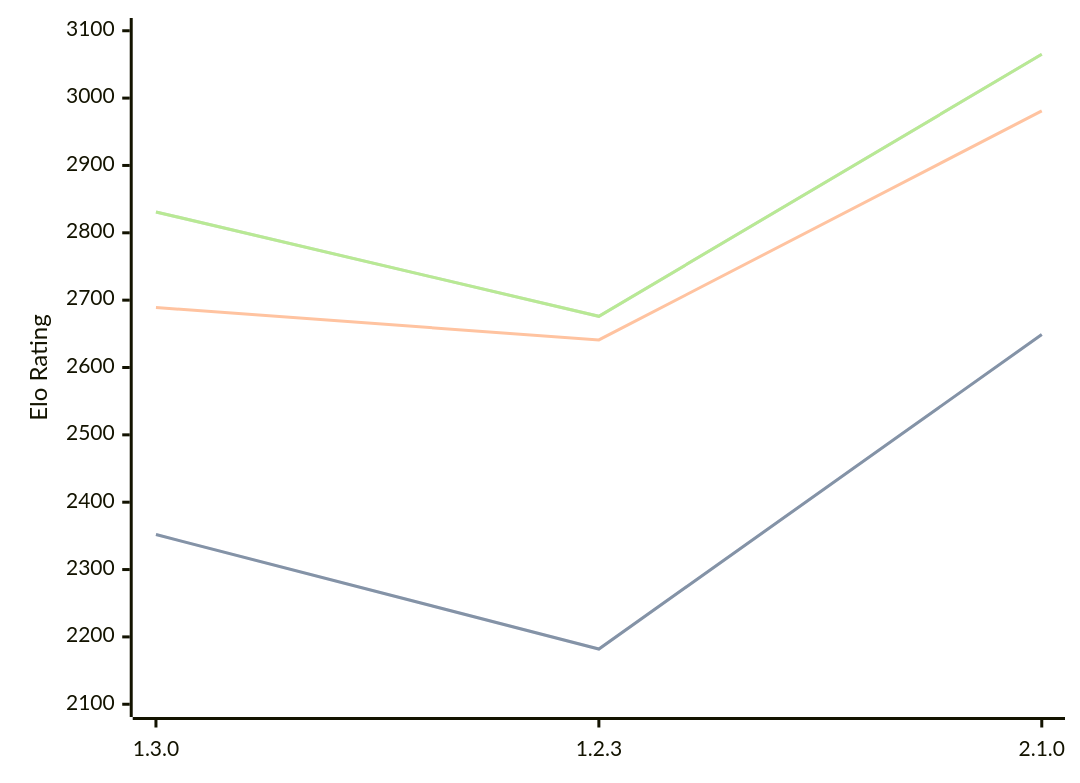
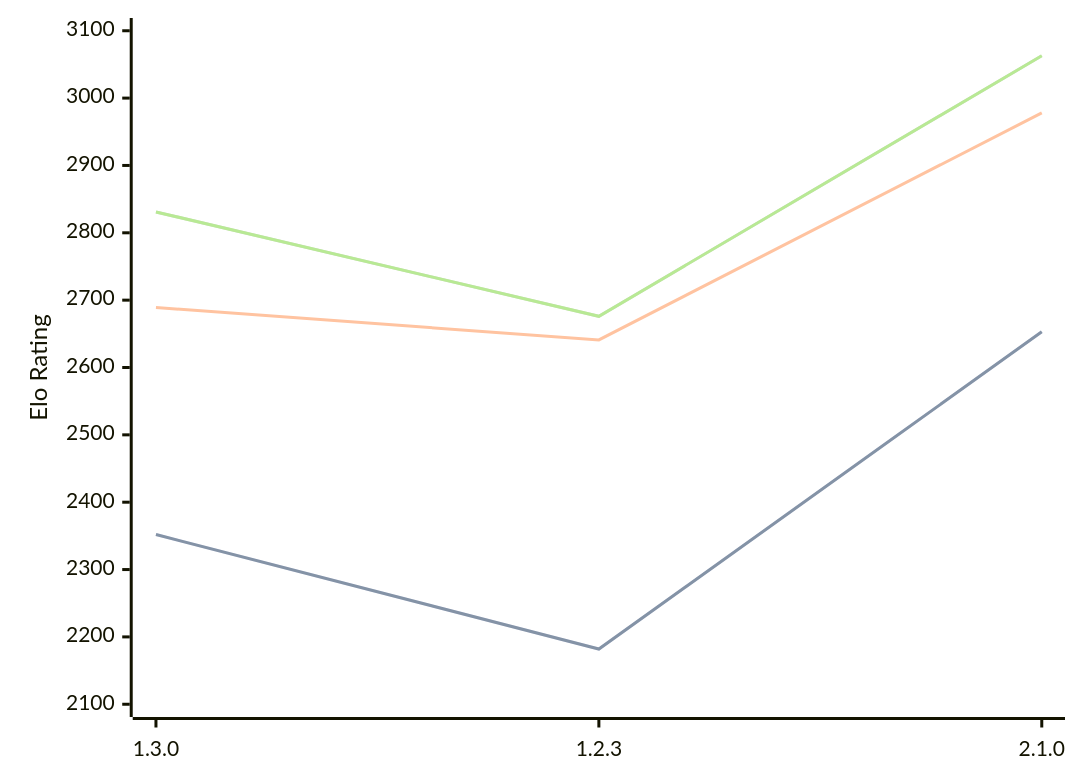
The diagram in engines/Aspen.md (computer-chess-index/cci), drawn with Mermaid before and after one commit. The commit also changed other lines of this file, not shown here.

Commit message:
Update CCI Ratings (ELO VLTC) - 2026-06-09

````diff
--- a/engines/Aspen.md
+++ b/engines/Aspen.md
@@ -43,11 +43,11 @@
 ```mermaid
 %%{init: {"theme":"base","themeVariables":{"seriesColors:['#a3a3a3','#222221','#faa371']}}}%%
 xychart-beta
   x-axis ["1.3.0", "1.2.3", "2.1.0"]
   y-axis "Elo Rating" 2100 --> 3100
-  line "STC (8.0+0.08s)" [2352, 2182, 2649]
-  line "STC (8.0+0.08s)" [2352, 2182, 2649]
-  line "LTC (60.0+0.60s)" [2689, 2641, 2981]
-  line "VLTC (2m24s+1.12s)" [2831, 2676, 3065]
-  line "VLTC (2m24s+1.12s)" [2831, 2676, 3065]
+  line "STC (8.0+0.08s)" [2352, 2182, 2653]
+  line "STC (8.0+0.08s)" [2352, 2182, 2653]
+  line "LTC (60.0+0.60s)" [2689, 2641, 2978]
+  line "VLTC (2m24s+1.12s)" [2831, 2676, 3063]
+  line "VLTC (2m24s+1.12s)" [2831, 2676, 3063]
 ```
````
